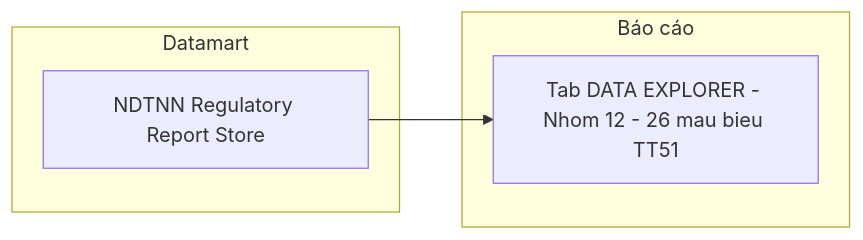
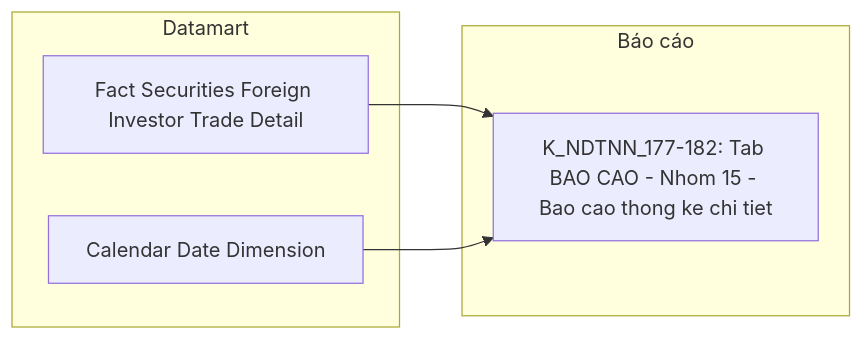
Diagram 26 of 27 in Datamart/hld/DTM_NDTNN_HLD.md (linhlvit/ubck_atomic_design), drawn with Mermaid before and after one commit. The commit also changed other lines of this file and 19 other files, not shown here.

````diff
--- a/Datamart/hld/DTM_NDTNN_HLD.md
+++ b/Datamart/hld/DTM_NDTNN_HLD.md
@@ -1186,10 +1196,12 @@
 ```mermaid
 flowchart LR
     subgraph Datamart["Datamart"]
-        G1["NDTNN Regulatory Report Store"]
+        G1["Fact Securities Foreign Investor Trade Detail"]
+        G2["Calendar Date Dimension"]
     end
     subgraph RPT["Báo cáo"]
-        R1["Tab DATA EXPLORER - Nhom 12 - 26 mau bieu TT51"]
+        R1["K_NDTNN_177-182: Tab BAO CAO - Nhom 15 - Bao cao thong ke chi tiet"]
     end
     G1 --> R1
+    G2 --> R1
 ```
````
